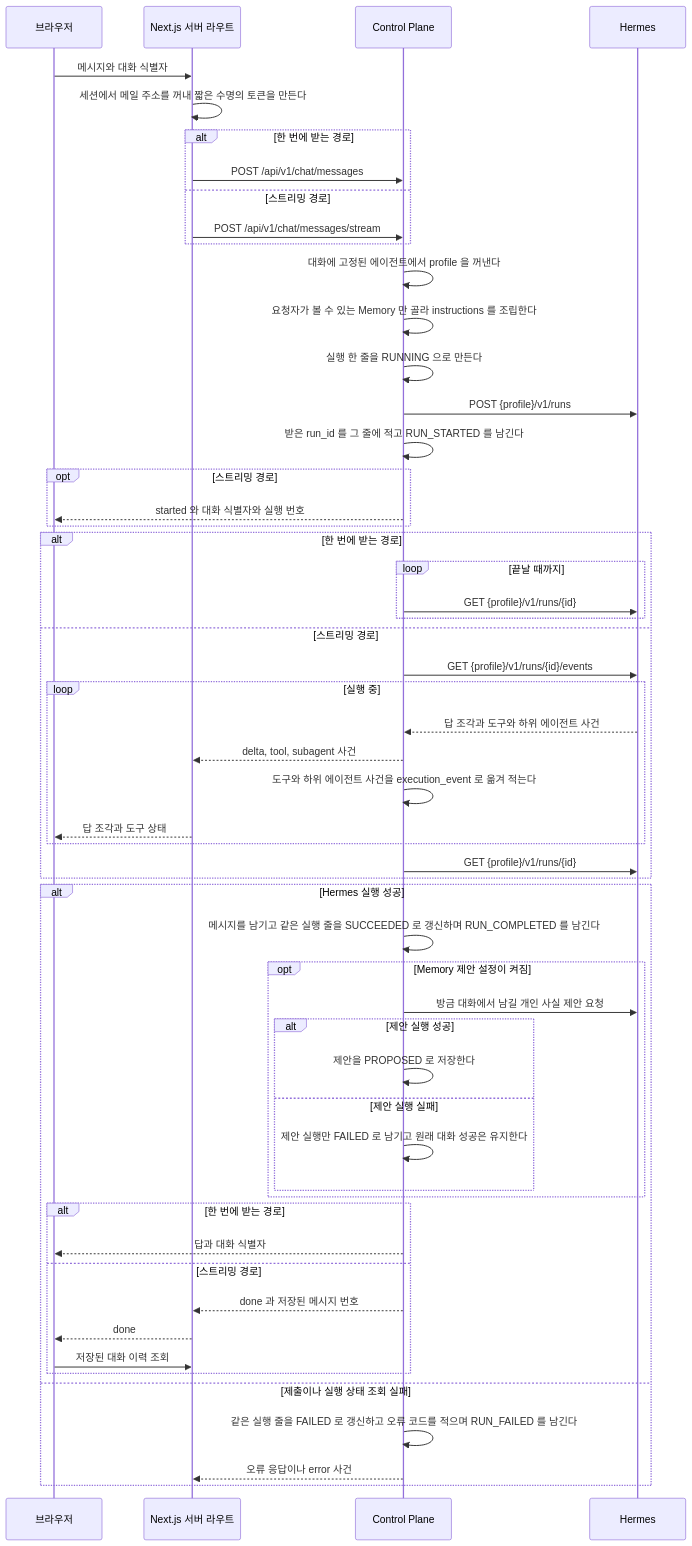
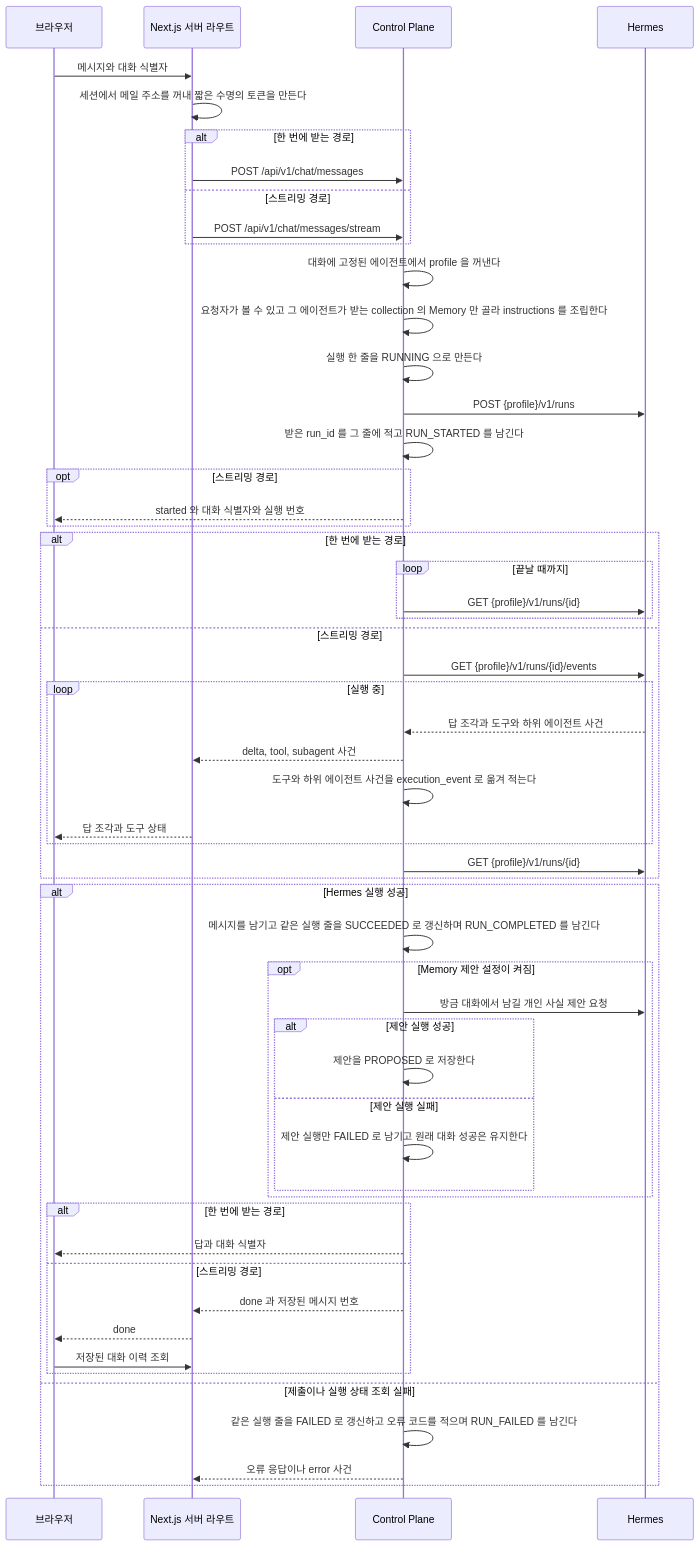
Diagram 16 of 33 in docs/flow.md (jon890/fos-assistant), drawn with Mermaid before and after one commit. The commit also changed other lines of this file and 13 other files, not shown here.

First line of the commit message:
docs(docs): Memory 를 collection 과 판으로 넓히고 에이전트가 허용된 collection 만 받는 결정을 적는다

````diff
--- a/docs/flow.md
+++ b/docs/flow.md
@@ -708,58 +708,58 @@
 ```mermaid
 sequenceDiagram
     participant B as 브라우저
     participant W as Next.js 서버 라우트
     participant C as Control Plane
     participant H as Hermes
 
     B->>W: 메시지와 대화 식별자
     W->>W: 세션에서 메일 주소를 꺼내 짧은 수명의 토큰을 만든다
     alt 한 번에 받는 경로
         W->>C: POST /api/v1/chat/messages
     else 스트리밍 경로
         W->>C: POST /api/v1/chat/messages/stream
     end
     C->>C: 대화에 고정된 에이전트에서 profile 을 꺼낸다
-    C->>C: 요청자가 볼 수 있는 Memory 만 골라 instructions 를 조립한다
+    C->>C: 요청자가 볼 수 있고 그 에이전트가 받는 collection 의 Memory 만 골라 instructions 를 조립한다
     C->>C: 실행 한 줄을 RUNNING 으로 만든다
     C->>H: POST {profile}/v1/runs
     C->>C: 받은 run_id 를 그 줄에 적고 RUN_STARTED 를 남긴다
     opt 스트리밍 경로
         C-->>B: started 와 대화 식별자와 실행 번호
     end
     alt 한 번에 받는 경로
         loop 끝날 때까지
             C->>H: GET {profile}/v1/runs/{id}
         end
     else 스트리밍 경로
         C->>H: GET {profile}/v1/runs/{id}/events
         loop 실행 중
             H-->>C: 답 조각과 도구와 하위 에이전트 사건
             C-->>W: delta, tool, subagent 사건
             C->>C: 도구와 하위 에이전트 사건을 execution_event 로 옮겨 적는다
             W-->>B: 답 조각과 도구 상태
         end
         C->>H: GET {profile}/v1/runs/{id}
     end
     alt Hermes 실행 성공
         C->>C: 메시지를 남기고 같은 실행 줄을 SUCCEEDED 로 갱신하며 RUN_COMPLETED 를 남긴다
         opt Memory 제안 설정이 켜짐
             C->>H: 방금 대화에서 남길 개인 사실 제안 요청
             alt 제안 실행 성공
                 C->>C: 제안을 PROPOSED 로 저장한다
             else 제안 실행 실패
                 C->>C: 제안 실행만 FAILED 로 남기고 원래 대화 성공은 유지한다
             end
         end
         alt 한 번에 받는 경로
             C-->>B: 답과 대화 식별자
         else 스트리밍 경로
             C-->>W: done 과 저장된 메시지 번호
             W-->>B: done
             B->>W: 저장된 대화 이력 조회
         end
     else 제출이나 실행 상태 조회 실패
         C->>C: 같은 실행 줄을 FAILED 로 갱신하고 오류 코드를 적으며 RUN_FAILED 를 남긴다
         C-->>W: 오류 응답이나 error 사건
     end
 ```
````
